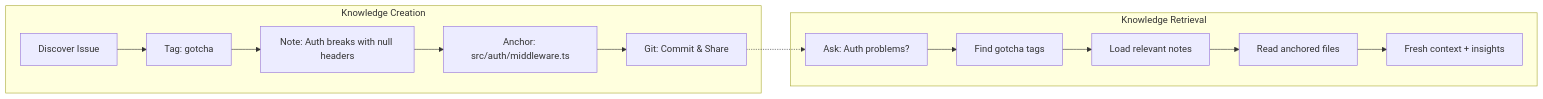
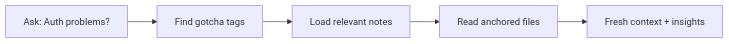
Before and after one commit to a24z-ai/a24z-memory: the second of 2 diagrams in README.md, drawn with Mermaid. The commit also changed other lines of this file, not shown here.

Commit message:
docs: simplify mermaid diagrams - remove query flow and split knowledge lifecycle

````diff
--- a/README.md
+++ b/README.md
@@ -30,18 +30,7 @@
 ```mermaid
 flowchart LR
-    subgraph Knowledge Creation
-        K1[Discover Issue] --> K2[Tag: gotcha]
-        K2 --> K3[Note: Auth breaks with null headers]
-        K3 --> K4[Anchor: src/auth/middleware.ts]
-        K4 --> K5[Git: Commit & Share]
-    end
-    
-    subgraph Knowledge Retrieval
-        R1[Ask: Auth problems?] --> R2[Find gotcha tags]
-        R2 --> R3[Load relevant notes]
-        R3 --> R4[Read anchored files]
-        R4 --> R5[Fresh context + insights]
-    end
-    
-    K5 -.-> R1
+    R1[Ask: Auth problems?] --> R2[Find gotcha tags]
+    R2 --> R3[Load relevant notes]
+    R3 --> R4[Read anchored files]
+    R4 --> R5[Fresh context + insights]
 ```
````
